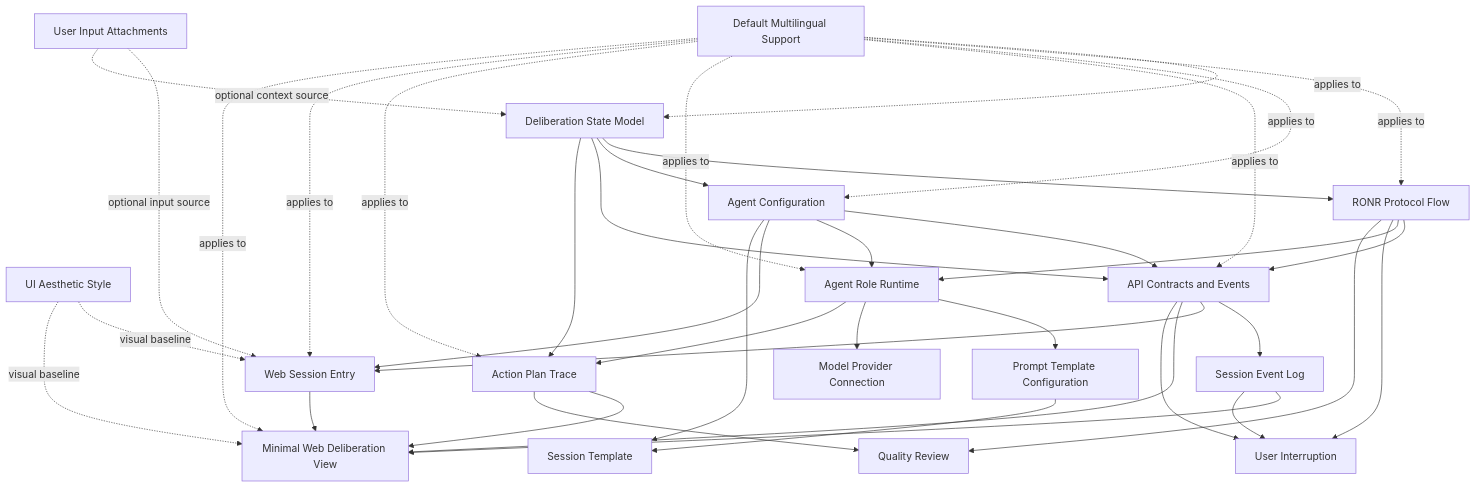
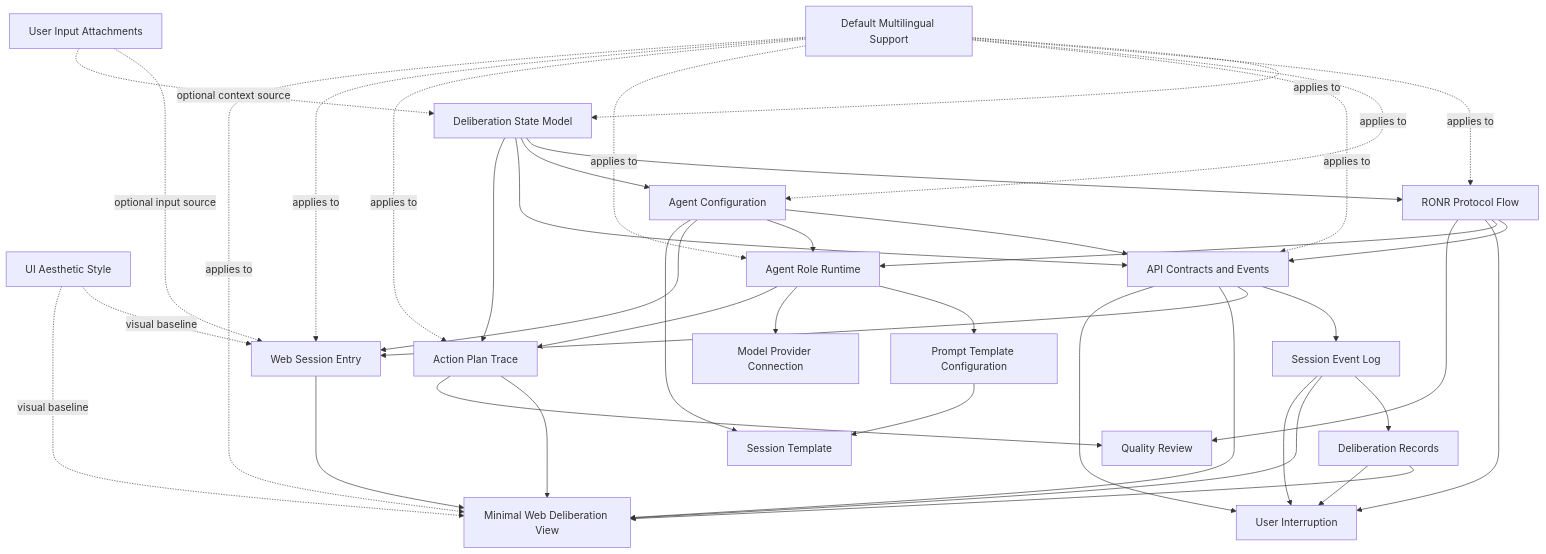
One commit to slxxaiai/RONR changed the diagram in docs/features/index.md. Above: the diagram before and after it, drawn with Mermaid. The commit also changed other lines of this file and 28 other files, not shown here.

````diff
--- a/docs/features/index.md
+++ b/docs/features/index.md
@@ -54,68 +56,72 @@
 ```mermaid
 flowchart TD
     DMS["Default Multilingual Support"]
     UAS["UI Aesthetic Style"]
     DSM["Deliberation State Model"]
     RPF["RONR Protocol Flow"]
     AC["Agent Configuration"]
     ACE["API Contracts and Events"]
     SEL["Session Event Log"]
+    DR["Deliberation Records"]
     ARRT["Agent Role Runtime"]
     PTC["Prompt Template Configuration"]
     MPC["Model Provider Connection"]
     APT["Action Plan Trace"]
     WSE["Web Session Entry"]
     MWDV["Minimal Web Deliberation View"]
     UI["User Interruption"]
     ST["Session Template"]
     QR["Quality Review"]
     UIA["User Input Attachments"]
 
     DMS -. applies to .-> DSM
     DMS -. applies to .-> RPF
     DMS -. applies to .-> AC
     DMS -. applies to .-> ACE
     DMS -. applies to .-> ARRT
     DMS -. applies to .-> APT
     DMS -. applies to .-> WSE
     DMS -. applies to .-> MWDV
 
     UAS -. visual baseline .-> WSE
     UAS -. visual baseline .-> MWDV
 
     DSM --> RPF
     DSM --> AC
     DSM --> ACE
     DSM --> APT
 
     RPF --> ACE
     RPF --> ARRT
     RPF --> UI
     RPF --> QR
 
     AC --> ACE
     AC --> ARRT
     AC --> WSE
     AC --> ST
 
     ACE --> SEL
     ACE --> WSE
     ACE --> MWDV
     ACE --> UI
 
+    SEL --> DR
     SEL --> MWDV
     SEL --> UI
+    DR --> MWDV
+    DR --> UI
 
     ARRT --> PTC
     ARRT --> MPC
     ARRT --> APT
 
     APT --> MWDV
     APT --> QR
 
     WSE --> MWDV
     PTC --> ST
 
     UIA -. optional input source .-> WSE
     UIA -. optional context source .-> DSM
 ```
````
